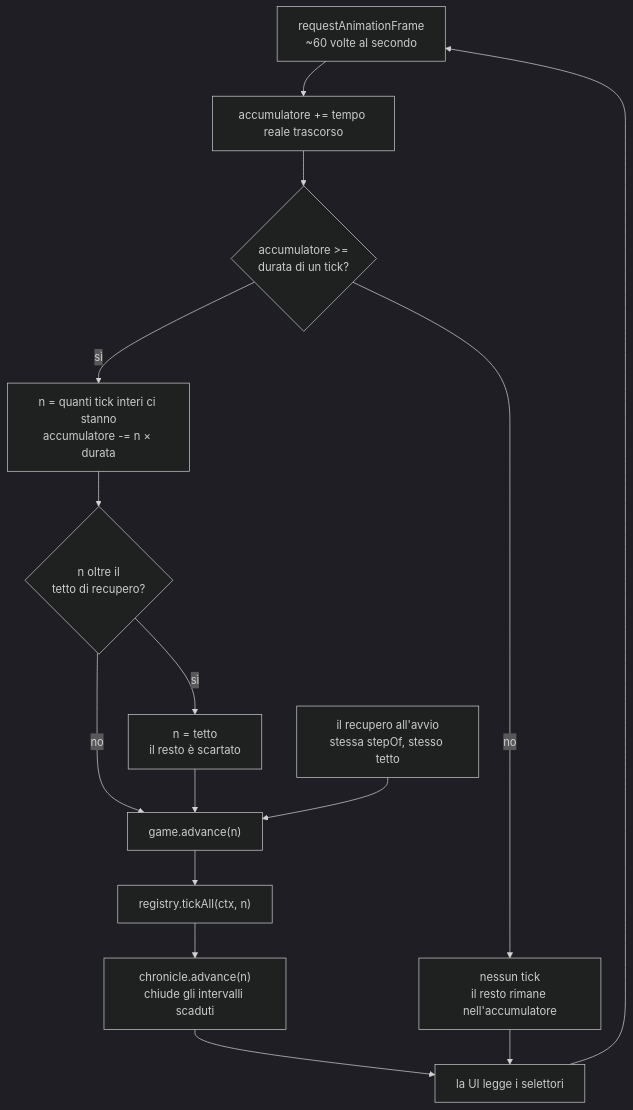
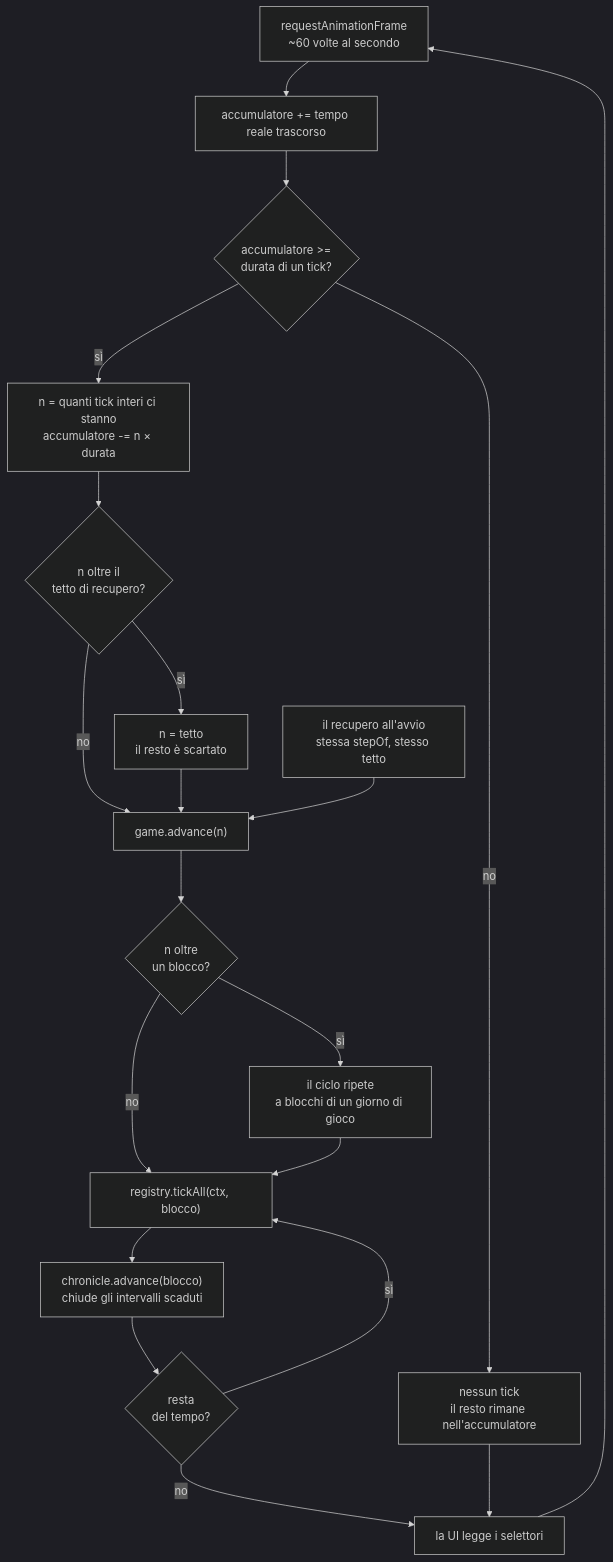
One commit to devfrx/solvent changed the first of 4 diagrams in docs/design/flusso-tick.md. Above: the diagram before and after it, drawn with Mermaid (dark theme). The commit also changed other lines of this file and 18 other files, not shown here.

````diff
--- a/docs/design/flusso-tick.md
+++ b/docs/design/flusso-tick.md
@@ -24,17 +24,22 @@
 ```mermaid
 flowchart TD
   RAF["requestAnimationFrame<br/>~60 volte al secondo"] --> ACC["accumulatore += tempo reale trascorso"]
   ACC --> Q{"accumulatore >=<br/>durata di un tick?"}
   Q -- no --> WAIT["nessun tick<br/>il resto rimane nell'accumulatore"]
   Q -- sì --> N["n = quanti tick interi ci stanno<br/>accumulatore -= n × durata"]
   N --> CAP{"n oltre il<br/>tetto di recupero?"}
   CAP -- sì --> CLAMP["n = tetto<br/>il resto è scartato"]
   CAP -- no --> ADV
   CLAMP --> ADV["game.advance(n)"]
   BOOT["il recupero all'avvio<br/>stessa stepOf, stesso tetto"] --> ADV
-  ADV --> TICK["registry.tickAll(ctx, n)"]
-  TICK --> CHR["chronicle.advance(n)<br/>chiude gli intervalli scaduti"]
-  CHR --> RENDER["la UI legge i selettori"]
+  ADV --> BLK{"n oltre<br/>un blocco?"}
+  BLK -- sì --> SPLIT["il ciclo ripete<br/>a blocchi di un giorno di gioco"]
+  BLK -- no --> TICK
+  SPLIT --> TICK["registry.tickAll(ctx, blocco)"]
+  TICK --> CHR["chronicle.advance(blocco)<br/>chiude gli intervalli scaduti"]
+  CHR --> MORE{"resta<br/>del tempo?"}
+  MORE -- sì --> TICK
+  MORE -- no --> RENDER["la UI legge i selettori"]
   WAIT --> RENDER
   RENDER --> RAF
 ```
````
